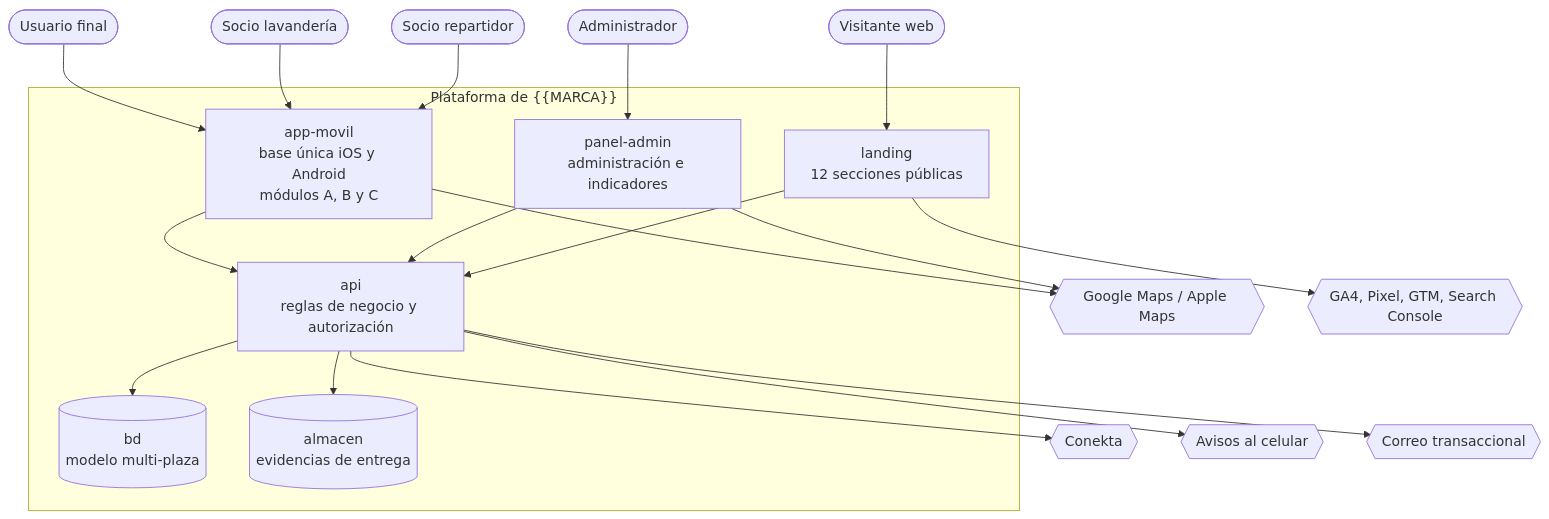
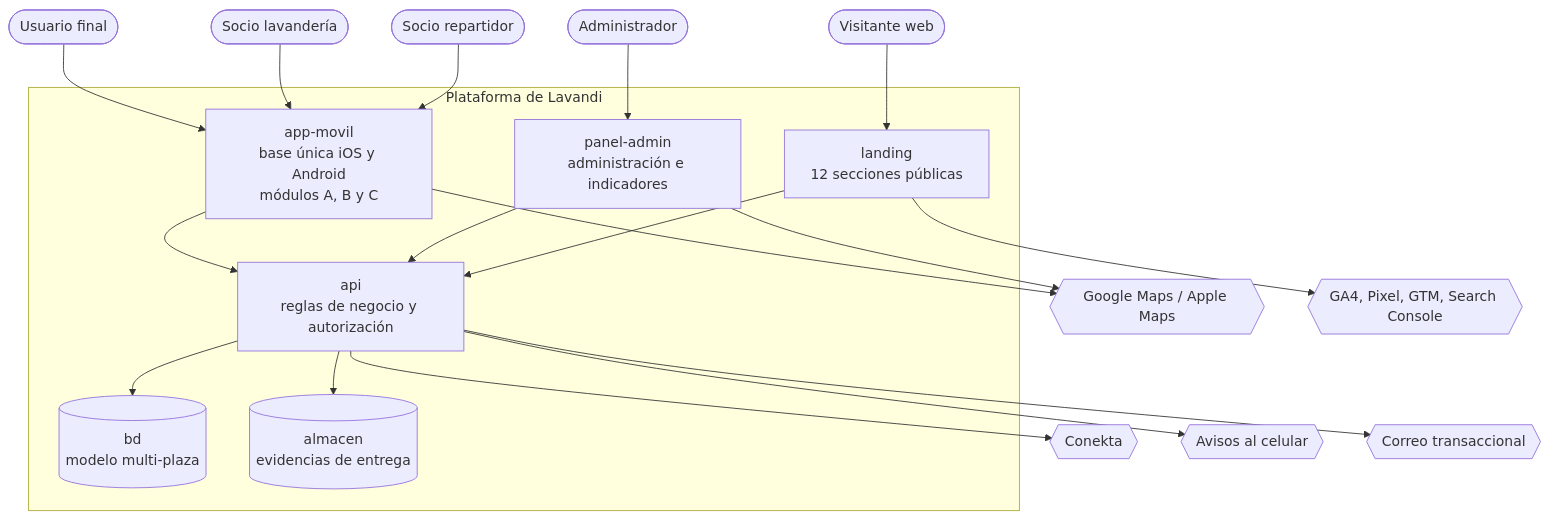
Before and after one commit to AsberNaranjo/Lavandi: the diagram in vault/arquitectura/c2-contenedores.md, drawn with Mermaid. The commit also changed 7 other files, not shown here.

````diff
--- a/vault/arquitectura/c2-contenedores.md
+++ b/vault/arquitectura/c2-contenedores.md
@@ -18,43 +18,43 @@
 ```mermaid
 flowchart TB
     usuario(["Usuario final"])
     socioLav(["Socio lavandería"])
     socioRep(["Socio repartidor"])
     admin(["Administrador"])
     visitante(["Visitante web"])
 
-    subgraph plataforma["Plataforma de {{MARCA}}"]
+    subgraph plataforma["Plataforma de Lavandi"]
         appMovil["app-movil<br/>base única iOS y Android<br/>módulos A, B y C"]
         panelAdmin["panel-admin<br/>administración e indicadores"]
         landing["landing<br/>12 secciones públicas"]
         api["api<br/>reglas de negocio y autorización"]
         bd[("bd<br/>modelo multi-plaza")]
         almacen[("almacen<br/>evidencias de entrega")]
     end
 
     conekta{{"Conekta"}}
     mapas{{"Google Maps / Apple Maps"}}
     push{{"Avisos al celular"}}
     correo{{"Correo transaccional"}}
     medicion{{"GA4, Pixel, GTM, Search Console"}}
 
     usuario --> appMovil
     socioLav --> appMovil
     socioRep --> appMovil
     admin --> panelAdmin
     visitante --> landing
 
     appMovil --> api
     panelAdmin --> api
     landing --> api
 
     api --> bd
     api --> almacen
     api --> conekta
     api --> push
     api --> correo
 
     appMovil --> mapas
     panelAdmin --> mapas
     landing --> medicion
 ```
````
